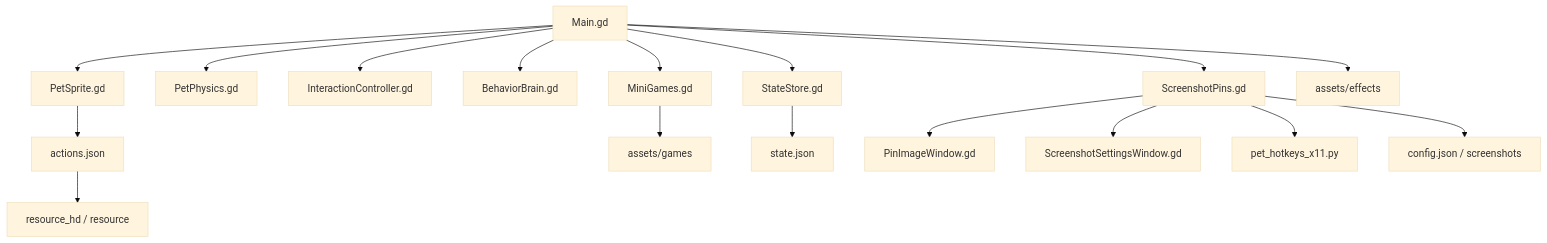
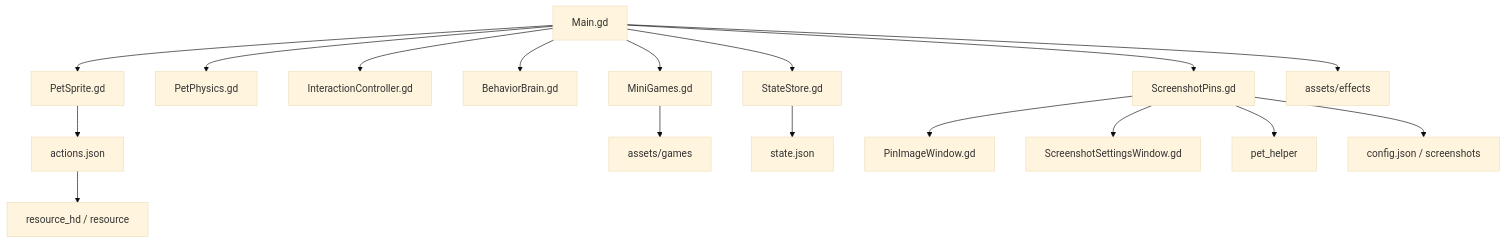
One commit to MzKyle/Crayon-Shinchan-Desktop-Pat changed the diagram in docs/architecture/README.md. Above: the diagram before and after it, drawn with Mermaid (base theme). The commit also changed other lines of this file and 56 other files, not shown here.

````diff
--- a/docs/architecture/README.md
+++ b/docs/architecture/README.md
@@ -11,21 +11,21 @@
 ```mermaid
 flowchart TB
   Main["Main.gd"] --> Sprite["PetSprite.gd"]
   Main --> Physics["PetPhysics.gd"]
   Main --> Interaction["InteractionController.gd"]
   Main --> Brain["BehaviorBrain.gd"]
   Main --> Games["MiniGames.gd"]
   Main --> State["StateStore.gd"]
   Main --> Pins["ScreenshotPins.gd"]
 
   Pins --> PinWindow["PinImageWindow.gd"]
   Pins --> SettingsWindow["ScreenshotSettingsWindow.gd"]
-  Pins --> Hotkeys["pet_hotkeys_x11.py"]
+  Pins --> Hotkeys["pet_helper"]
 
   Sprite --> Manifest["actions.json"]
   Manifest --> Frames["resource_hd / resource"]
   Games --> GameAssets["assets/games"]
   Main --> EffectAssets["assets/effects"]
   State --> UserState["state.json"]
   Pins --> UserConfig["config.json / screenshots"]
 ```
````
